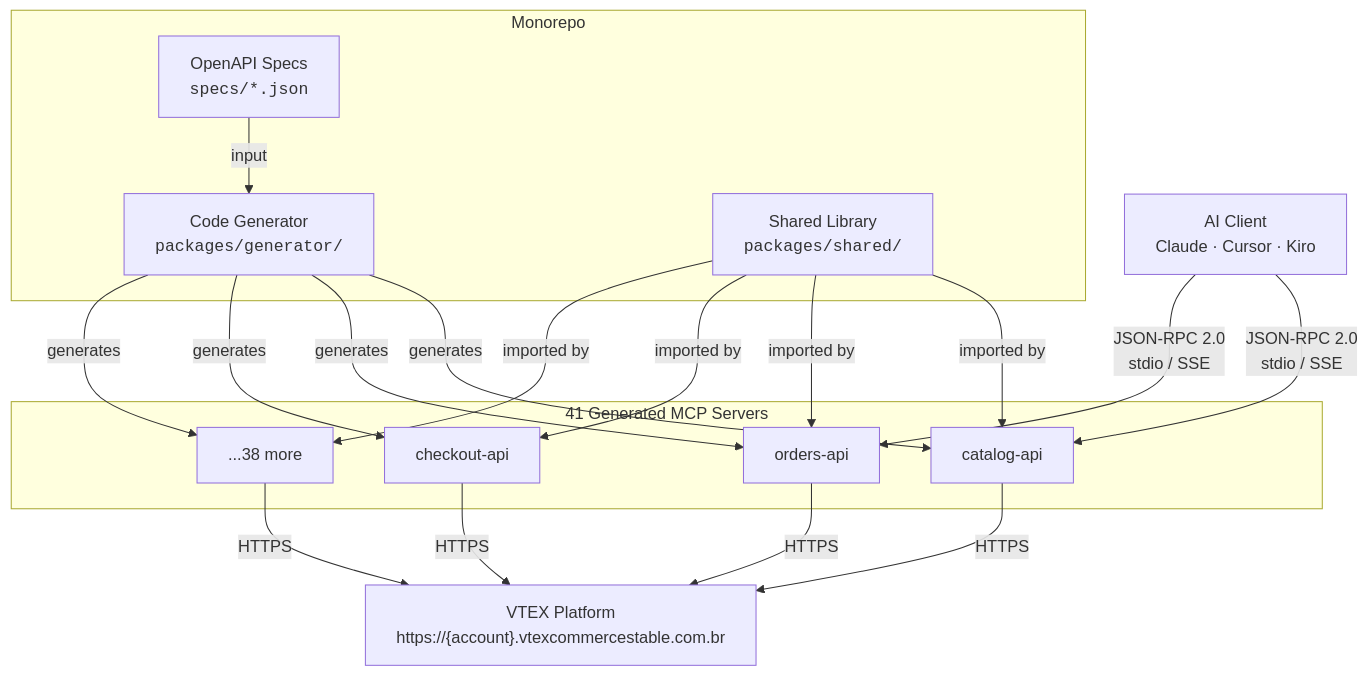
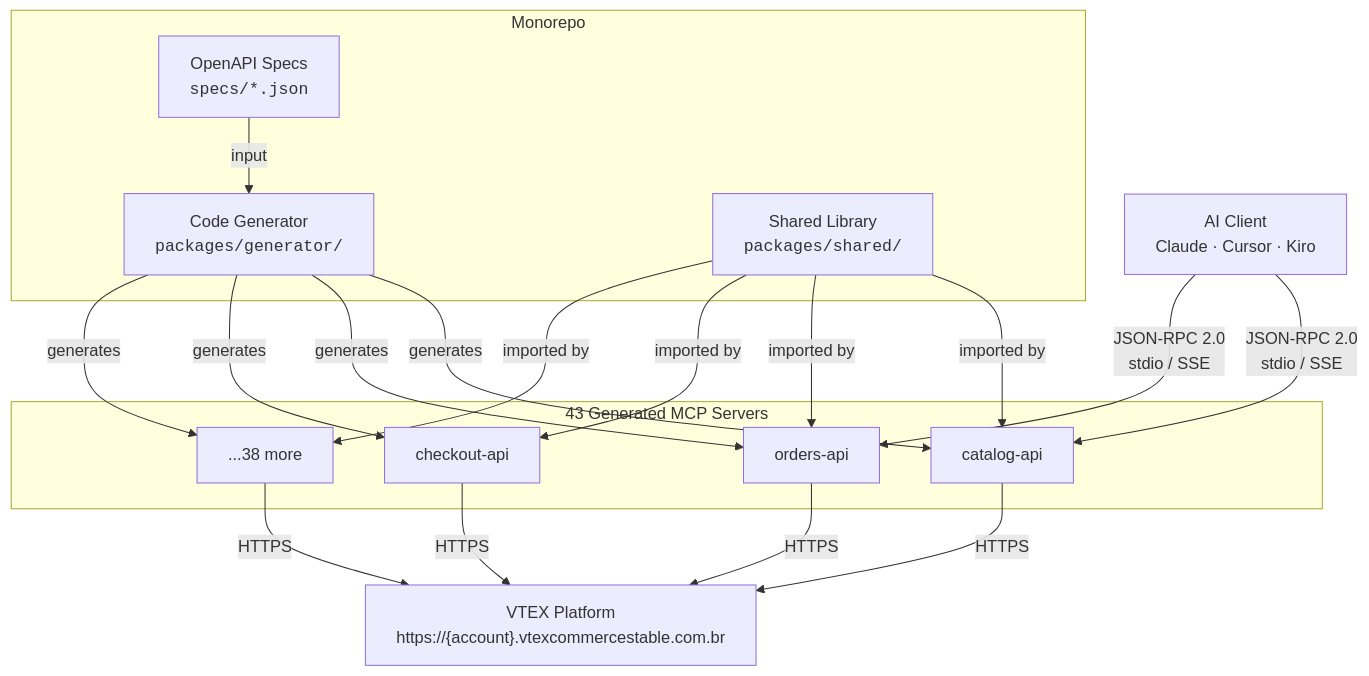
The diagram in README.md (v-hansen/vtex_mcps), drawn with Mermaid before and after one commit. The commit also changed other lines of this file, not shown here.

````diff
--- a/README.md
+++ b/README.md
@@ -260,24 +262,24 @@
 ```mermaid
 graph TB
     subgraph Monorepo
         GEN["Code Generator<br/><code>packages/generator/</code>"]
         SHARED["Shared Library<br/><code>packages/shared/</code>"]
         SPECS["OpenAPI Specs<br/><code>specs/*.json</code>"]
     end
 
-    subgraph "41 Generated MCP Servers"
+    subgraph "43 Generated MCP Servers"
         S1["catalog-api"]
         S2["orders-api"]
         S3["checkout-api"]
         SN["...38 more"]
     end
 
     CLIENT["AI Client<br/>Claude · Cursor · Kiro"]
     VTEX["VTEX Platform<br/>https://{account}.vtexcommercestable.com.br"]
 
     SPECS -->|input| GEN
     GEN -->|generates| S1 & S2 & S3 & SN
     SHARED -->|imported by| S1 & S2 & S3 & SN
     CLIENT -->|"JSON-RPC 2.0<br/>stdio / SSE"| S1 & S2
     S1 & S2 & S3 & SN -->|HTTPS| VTEX
 ```
````
